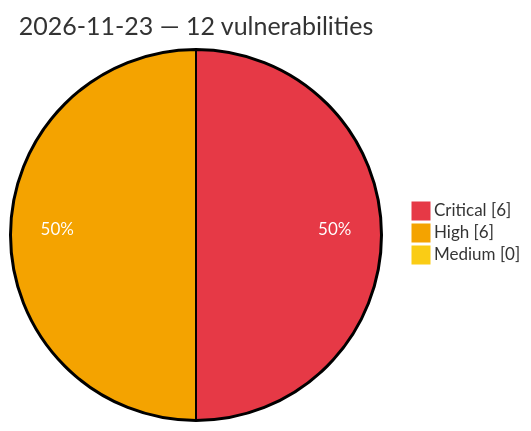
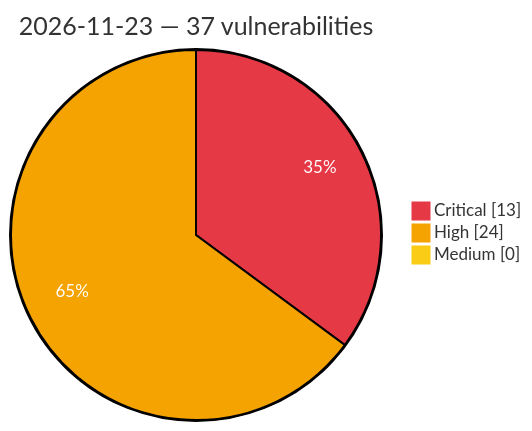
The diagram in vulnerabilities/2026/November/2026-11-23.md (GhostX0X/vuln-tracker), drawn with Mermaid before and after one commit. The commit also changed other lines of this file and 5 other files, not shown here.

Commit message:
Auto update: critical/high vulns (2026-11-23 22:48 UTC)

````diff
--- a/vulnerabilities/2026/November/2026-11-23.md
+++ b/vulnerabilities/2026/November/2026-11-23.md
@@ -3,8 +3,8 @@
 ```mermaid
 %%{init: {'theme':'base', 'themeVariables': {'pie1':'#e63946', 'pie2':'#f4a300', 'pie3':'#facc15', 'pieOpacity':'1', 'pieOuterStrokeWidth':'2px', 'pieSectionTextColor':'#ffffff'}}}%%
 pie showData
-    title 2026-11-23 — 12 vulnerabilities
-    "Critical" : 6
-    "High" : 6
+    title 2026-11-23 — 37 vulnerabilities
+    "Critical" : 13
+    "High" : 24
     "Medium" : 0
 ```
````
